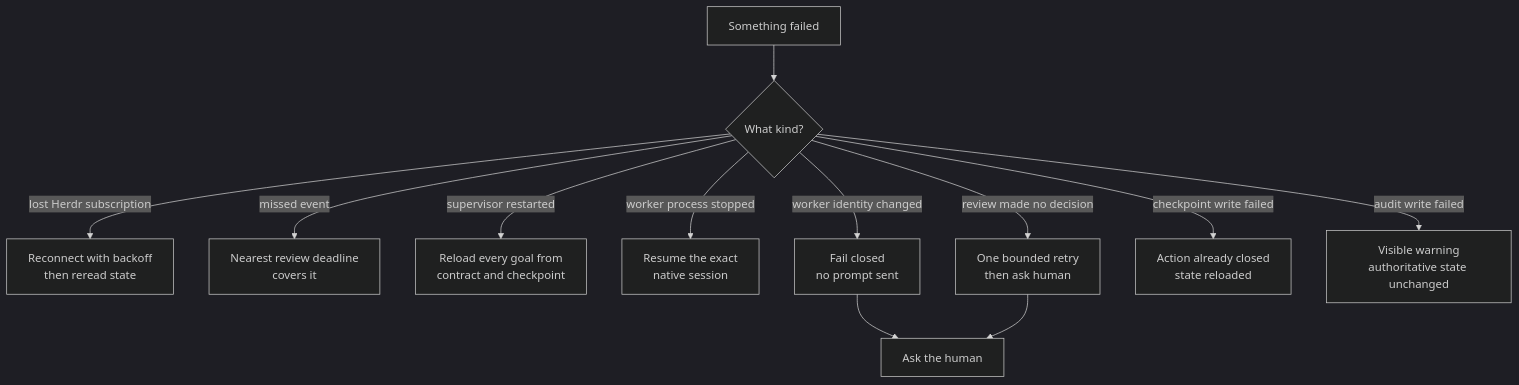
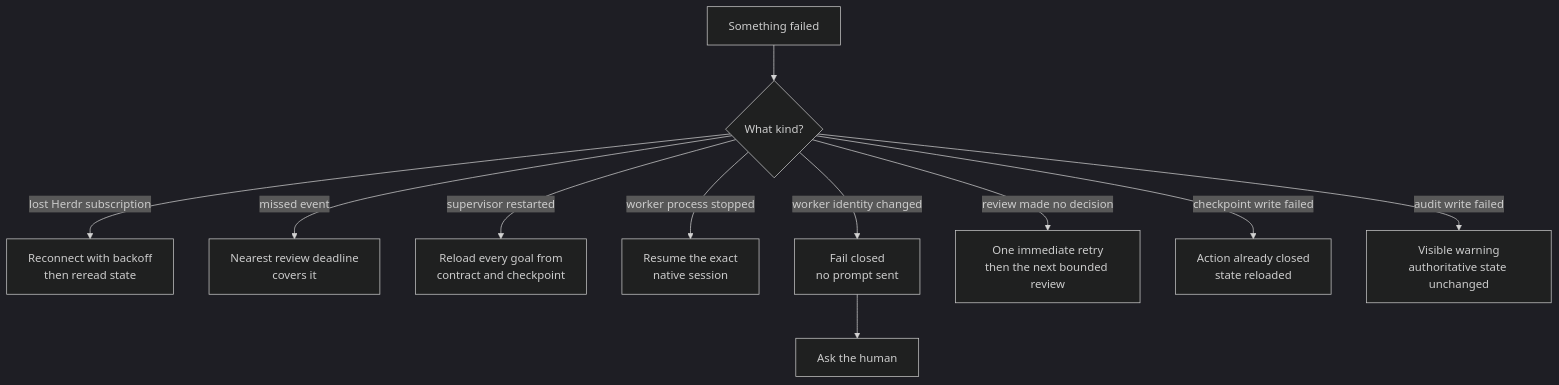
The fourth of 4 diagrams in docs/design.md (hao1939/herdr-supervisor), drawn with Mermaid (dark theme) before and after one commit. The commit also changed other lines of this file and 3 other files, not shown here.

````diff
--- a/docs/design.md
+++ b/docs/design.md
@@ -429,16 +433,15 @@
 ```mermaid
 flowchart TD
     F[Something failed] --> K{What kind?}
 
     K -->|lost Herdr subscription| RC[Reconnect with backoff<br/>then reread state]
     K -->|missed event| DL[Nearest review deadline<br/>covers it]
     K -->|supervisor restarted| RL[Reload every goal from<br/>contract and checkpoint]
     K -->|worker process stopped| RS[Resume the exact<br/>native session]
     K -->|worker identity changed| FC[Fail closed<br/>no prompt sent]
-    K -->|review made no decision| BR[One bounded retry<br/>then ask human]
+    K -->|review made no decision| BR[One immediate retry<br/>then the next bounded review]
     K -->|checkpoint write failed| CB[Action already closed<br/>state reloaded]
     K -->|audit write failed| AV[Visible warning<br/>authoritative state unchanged]
 
     FC --> H[Ask the human]
-    BR --> H
 ```
````
